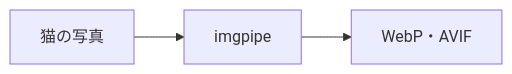
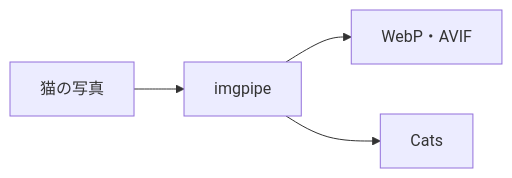
Before and after one commit to Aqua-218/Portfolio: the first of 2 diagrams in content/samples/markdown.md, drawn with Mermaid. The commit also changed other lines of this file and 12 other files, not shown here.

First line of the commit message:
feat(markdown): Mermaidの図を触れるようにする (#205)

````diff
--- a/content/samples/markdown.md
+++ b/content/samples/markdown.md
@@ -89,4 +89,6 @@
 ```mermaid
 flowchart LR
   A[猫の写真] --> B[imgpipe] --> C[WebP・AVIF]
+  B --> D[Cats]
+  click D "/cats/"
 ```
````
